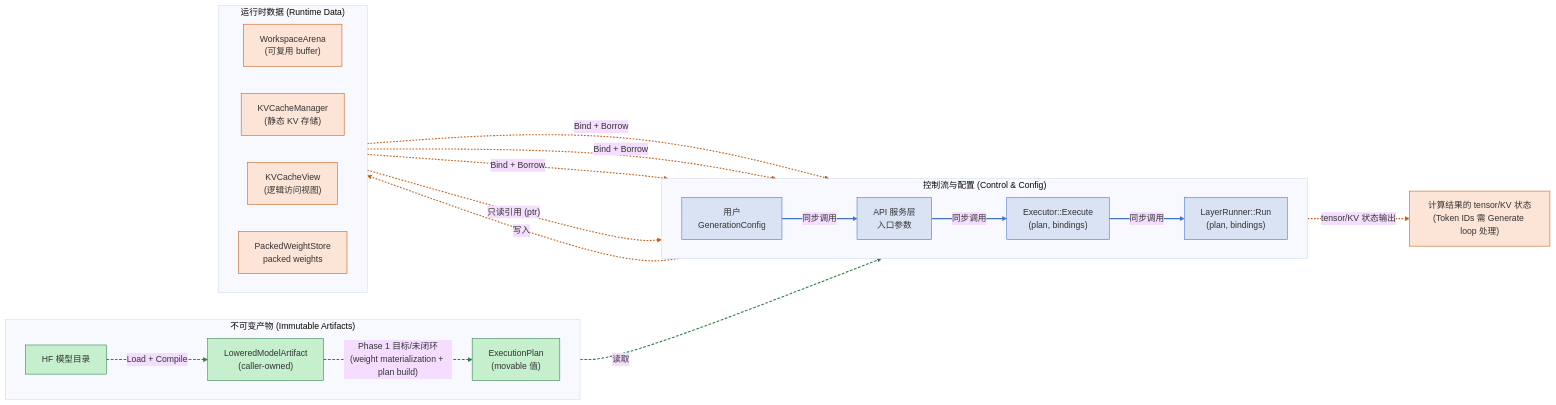
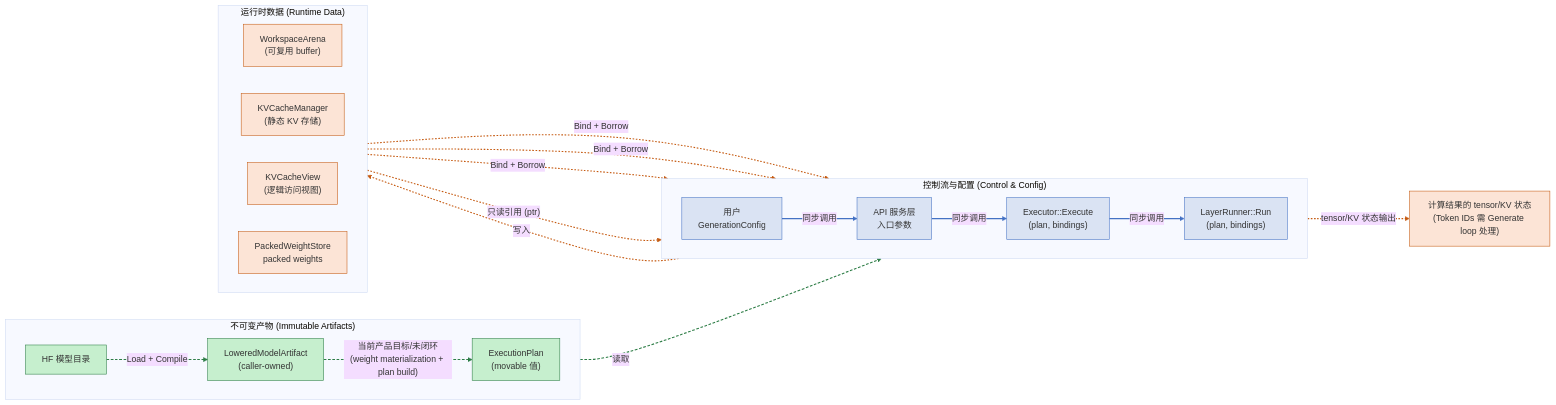
The fourth of 5 diagrams in docs/designs/architecture/architecture_overview.md (fengjiran/AetherMind), drawn with Mermaid (base theme) before and after one commit. The commit also changed other lines of this file and 2 other files, not shown here.

Commit message:
docs: sync product PRD and architecture overview

````diff
--- a/docs/designs/architecture/architecture_overview.md
+++ b/docs/designs/architecture/architecture_overview.md
@@ -273,39 +273,39 @@
 ```mermaid
 flowchart LR
     subgraph CTRL["控制流与配置 (Control & Config)"]
         direction LR
         A1["用户<br/>GenerationConfig"] -->|"同步调用"| A2["API 服务层<br/>入口参数"]
         A2 -->|"同步调用"| A3["Executor::Execute<br/>(plan, bindings)"]
         A3 -->|"同步调用"| A4["LayerRunner::Run<br/>(plan, bindings)"]
     end
 
     subgraph ART["不可变产物 (Immutable Artifacts)"]
         direction LR
         B1["HF 模型目录"] -->|"Load + Compile"| B2["LoweredModelArtifact<br/>(caller-owned)"]
-        B2 -->|"Phase 1 目标/未闭环<br/>(weight materialization + plan build)"| B3["ExecutionPlan<br/>(movable 值)"]
+        B2 -->|"当前产品目标/未闭环<br/>(weight materialization + plan build)"| B3["ExecutionPlan<br/>(movable 值)"]
         B3 -->|"读取"| A3
     end
 
     subgraph DATA["运行时数据 (Runtime Data)"]
         direction LR
         C1["WorkspaceArena<br/>(可复用 buffer)"] -->|"Bind + Borrow"| A4
         C2["KVCacheManager<br/>(静态 KV 存储)"] -->|"Bind + Borrow"| A4
         C3["KVCacheView<br/>(逻辑访问视图)"] -->|"Bind + Borrow"| A4
         C4["PackedWeightStore<br/>packed weights"] -->|"只读引用 (ptr)"| A4
     end
 
     A4 -->|"写入"| C2
     A4 -->|"tensor/KV 状态输出"| D1["计算结果的 tensor/KV 状态<br/>(Token IDs 需 Generate loop 处理)"]
 
     classDef ctrl fill:#dae3f3,stroke:#4472c4
     classDef artifact fill:#c6efce,stroke:#2d7d46
     classDef runtime fill:#fce4d6,stroke:#c55a11
 
     class A1,A2,A3,A4 ctrl
     class B1,B2,B3 artifact
     class C1,C2,C3,C4,D1 runtime
 
     linkStyle 0,1,2 stroke:#4472c4,stroke-width:2px
     linkStyle 3,4,5 stroke:#2d7d46,stroke-width:2px,stroke-dasharray:5 3
     linkStyle 6,7,8,9,10,11 stroke:#c55a11,stroke-width:2px,stroke-dasharray:3 3
 ```
````
